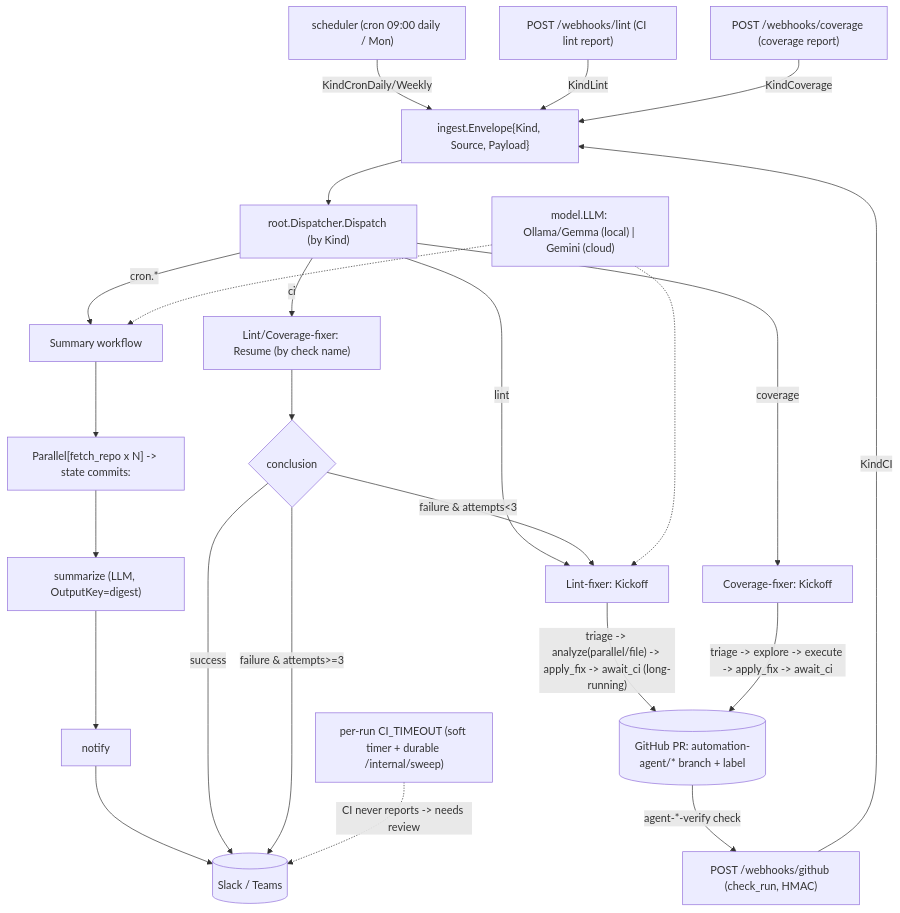
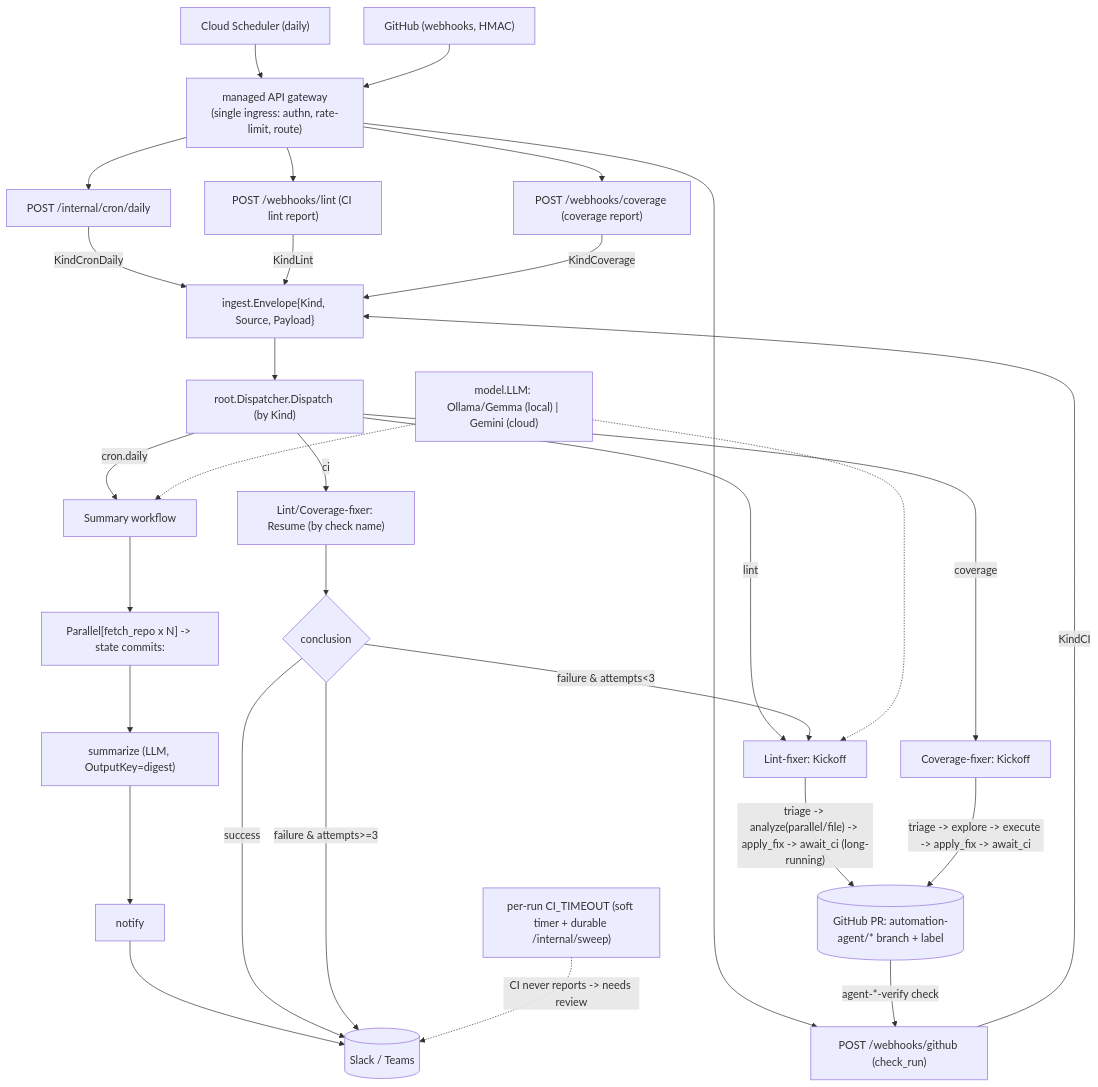
Before and after one commit to jkjamies/automation-agent: the diagram in AGENTS.md, drawn with Mermaid. The commit also changed 98 other files, not shown here.

First line of the commit message:
Drop in-process cron + weekly digest; Cloud Scheduler is the sole trigger (#7)

````diff
--- a/AGENTS.md
+++ b/AGENTS.md
@@ -35,28 +35,34 @@
 ```mermaid
 flowchart TD
-    Cron["scheduler (cron 09:00 daily / Mon)"] -->|"KindCronDaily/Weekly"| Env["ingest.Envelope{Kind, Source, Payload}"]
-    WLint["POST /webhooks/lint (CI lint report)"] -->|KindLint| Env
-    WCov["POST /webhooks/coverage (coverage report)"] -->|KindCoverage| Env
-    WCI["POST /webhooks/github (check_run, HMAC)"] -->|KindCI| Env
+    CS["Cloud Scheduler (daily)"] --> GW
+    GH["GitHub (webhooks, HMAC)"] --> GW
+    GW["managed API gateway<br/>(single ingress: authn, rate-limit, route)"] --> Cron["POST /internal/cron/daily"]
+    GW --> WLint["POST /webhooks/lint (CI lint report)"]
+    GW --> WCov["POST /webhooks/coverage (coverage report)"]
+    GW --> WCI["POST /webhooks/github (check_run)"]
+    Cron -->|KindCronDaily| Env["ingest.Envelope{Kind, Source, Payload}"]
+    WLint -->|KindLint| Env
+    WCov -->|KindCoverage| Env
+    WCI -->|KindCI| Env
     Env --> Root["root.Dispatcher.Dispatch (by Kind)"]
-    Root -->|"cron.*"| Sum["Summary workflow"]
+    Root -->|"cron.daily"| Sum["Summary workflow"]
     Root -->|lint| LFK["Lint-fixer: Kickoff"]
     Root -->|coverage| CFK["Coverage-fixer: Kickoff"]
     Root -->|ci| LFR["Lint/Coverage-fixer: Resume (by check name)"]
 
     Sum --> Par["Parallel[fetch_repo x N] -> state commits:<repo>"]
     Par --> Smz["summarize (LLM, OutputKey=digest)"]
     Smz --> Ntf["notify"] --> Chat[("Slack / Teams")]
 
     LFK -->|"triage -> analyze(parallel/file) -> apply_fix -> await_ci (long-running)"| PR[("GitHub PR: automation-agent/* branch + label")]
     CFK -->|"triage -> explore -> execute -> apply_fix -> await_ci"| PR
     PR -->|"agent-*-verify check"| WCI
     LFR --> Dec{conclusion}
     Dec -->|success| Chat
     Dec -->|"failure & attempts<3"| LFK
     Dec -->|"failure & attempts>=3"| Chat
     TO["per-run CI_TIMEOUT (soft timer + durable /internal/sweep)"] -.->|"CI never reports -> needs review"| Chat
 
     Models["model.LLM: Ollama/Gemma (local) | Gemini (cloud)"] -.-> Sum
     Models -.-> LFK
 ```
````
